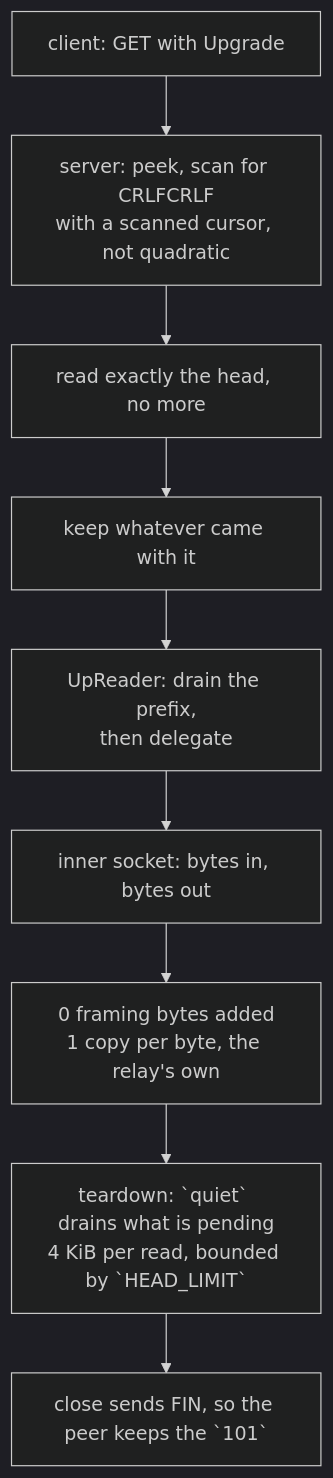
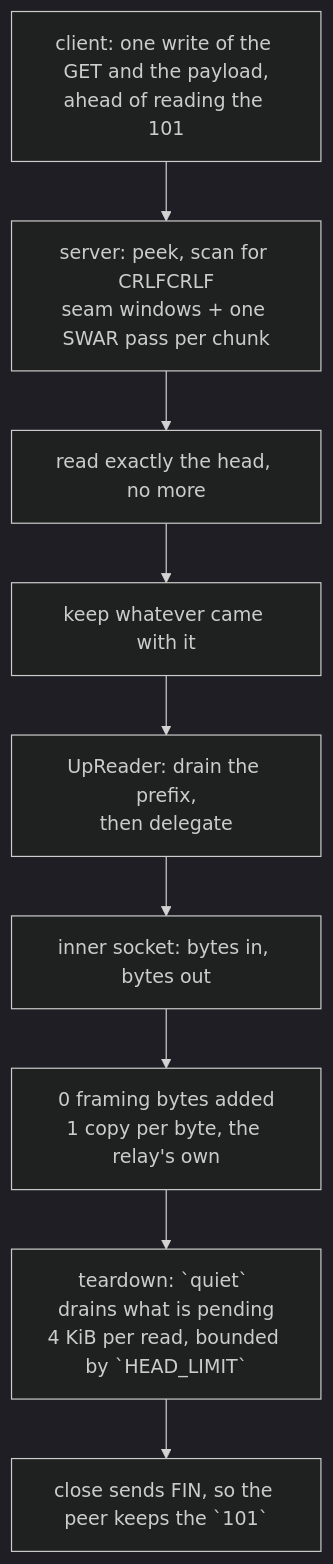
Before and after one commit to Ferrocite/ferrox: the diagram in docs/function/carrier-httpupgrade.md, drawn with Mermaid (dark theme). The commit also changed other lines of this file and 4 other files, not shown here.

````diff
--- a/docs/function/carrier-httpupgrade.md
+++ b/docs/function/carrier-httpupgrade.md
@@ -48,11 +53,11 @@
 ```mermaid
 graph TD
-    C["client: GET with Upgrade"] --> S["server: peek, scan for CRLFCRLF<br/>with a scanned cursor, not quadratic"]
+    C["client: one write of the GET and the payload,<br/>ahead of reading the 101"] --> S["server: peek, scan for CRLFCRLF<br/>seam windows + one SWAR pass per chunk"]
     S --> R["read exactly the head, no more"]
     R --> P["keep whatever came with it"]
     P --> X["UpReader: drain the prefix,<br/>then delegate"]
     X --> B["inner socket: bytes in, bytes out"]
     B --> Z["0 framing bytes added<br/>1 copy per byte, the relay's own"]
     Z --> Q["teardown: `quiet` drains what is pending<br/>4 KiB per read, bounded by `HEAD_LIMIT`"]
     Q --> F["close sends FIN, so the peer keeps the `101`"]
 ```
````
